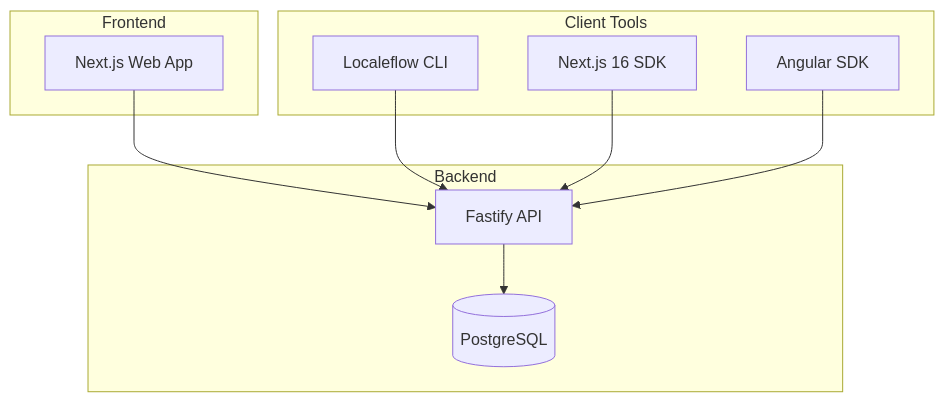
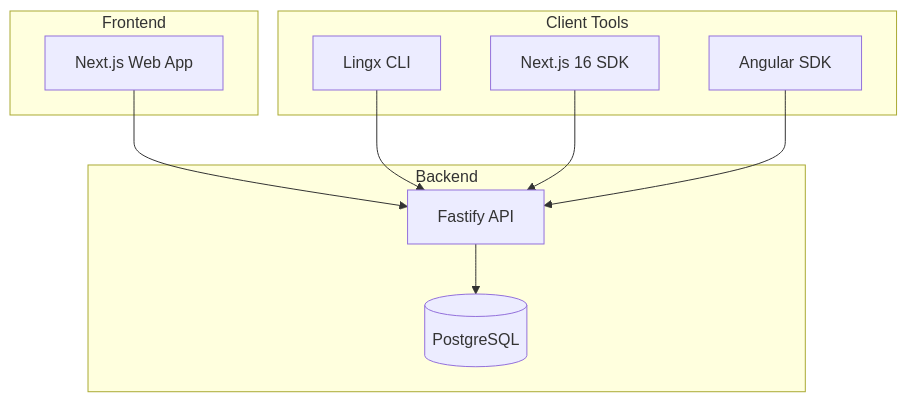
Before and after one commit to VinniZP/lingx: the fourth of 5 diagrams in docs/prd/PRD.md, drawn with Mermaid. The commit also changed other lines of this file and 322 other files, not shown here.

````diff
--- a/docs/prd/PRD.md
+++ b/docs/prd/PRD.md
@@ -660,23 +660,23 @@
 ```mermaid
 graph TB
     subgraph "Frontend"
         WEB[Next.js Web App]
     end
 
     subgraph "Backend"
         API[Fastify API]
         DB[(PostgreSQL)]
     end
 
     subgraph "Client Tools"
-        CLI[Localeflow CLI]
+        CLI[Lingx CLI]
         SDK_NEXT[Next.js 16 SDK]
         SDK_ANG[Angular SDK]
     end
 
     WEB --> API
     CLI --> API
     SDK_NEXT --> API
     SDK_ANG --> API
     API --> DB
 ```
````
